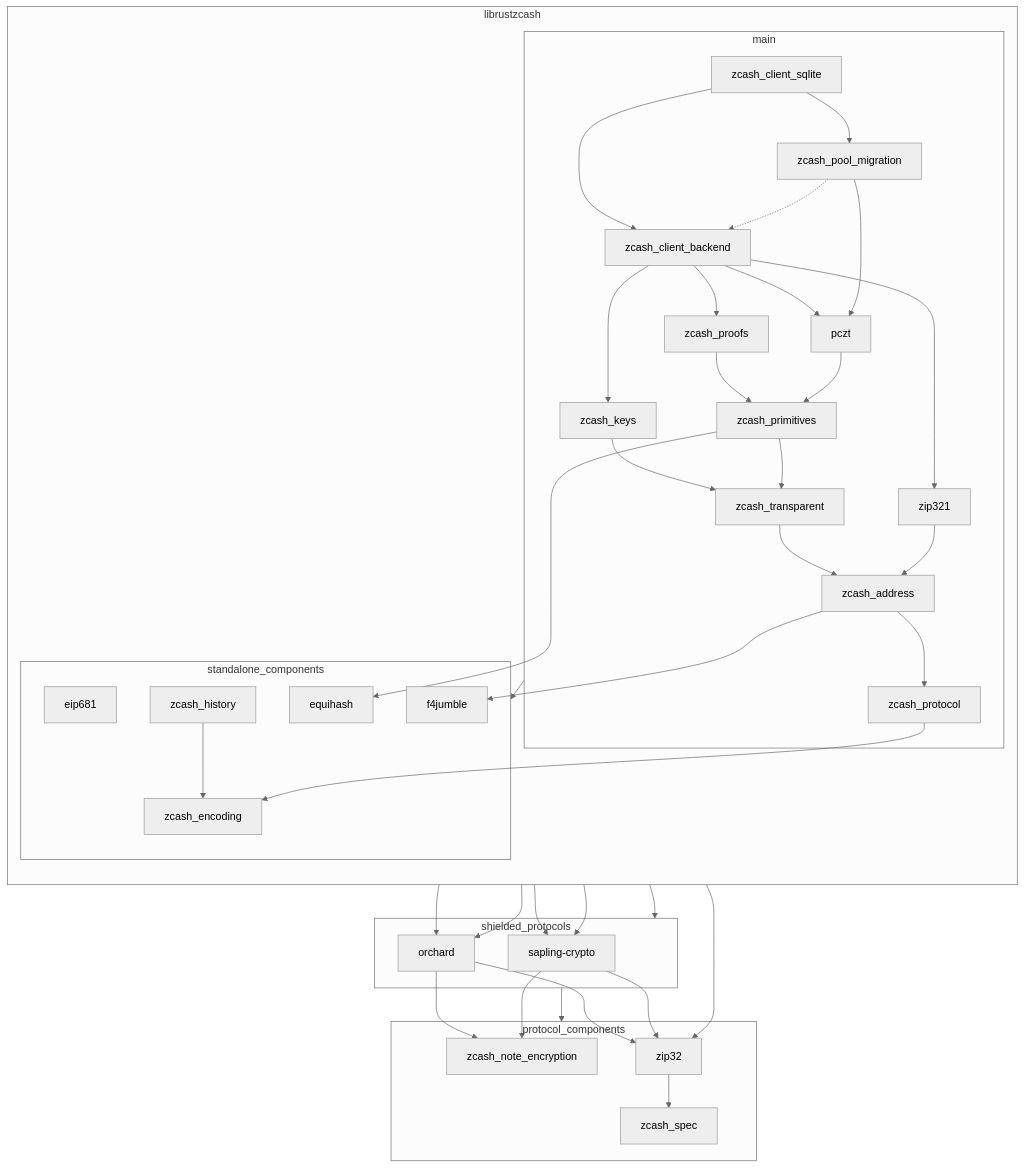
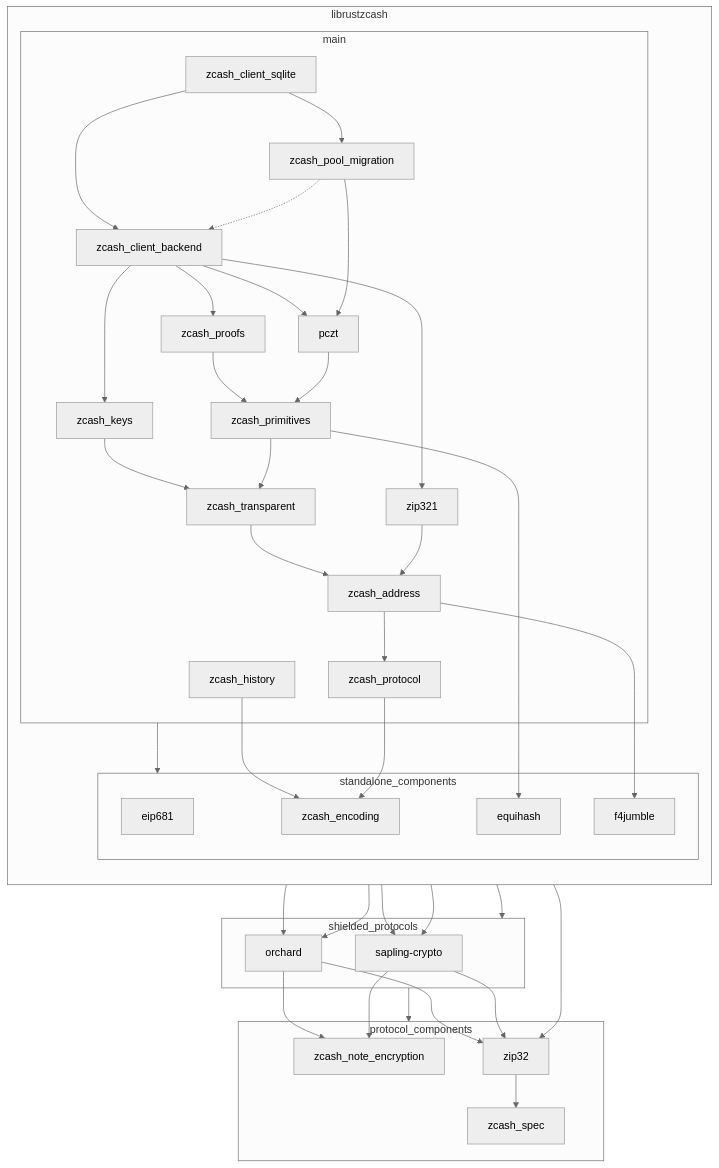
One commit to zcash/librustzcash changed the diagram in README.md. Above: the diagram before and after it, drawn with Mermaid (neutral theme). The commit also changed other lines of this file, not shown here.

Commit message:
Fix the position of zcash_history in the README graph.

```diff
--- a/README.md
+++ b/README.md
@@ -23,6 +23,7 @@
         direction TB
         subgraph main
             zcash_address
+            zcash_history
             zcash_primitives
             zcash_transparent
             zcash_proofs
@@ -40,7 +41,6 @@
             equihash
             f4jumble
             zcash_encoding
-            zcash_history
         end
     end
 
```
